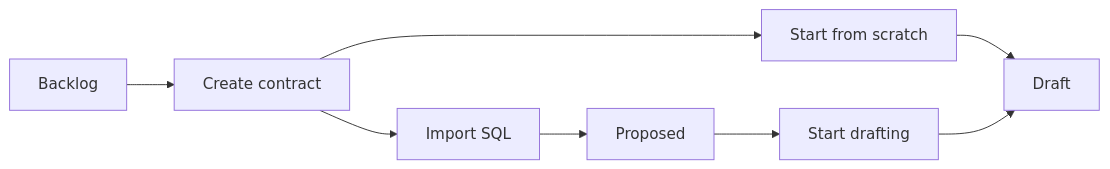
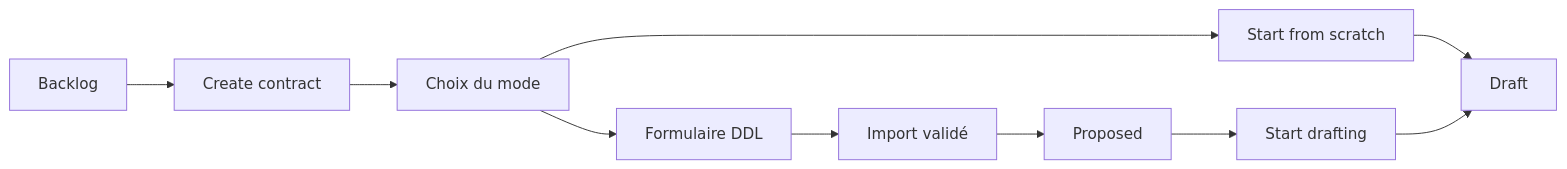
Before and after one commit to picks44/zeenea-dcb: the second of 2 diagrams in docs/product-documentation.md, drawn with Mermaid. The commit also changed other lines of this file and 3 other files, not shown here.

First line of the commit message:
Enhance Create contract screen with mode selection and improved UX

````diff
--- a/docs/product-documentation.md
+++ b/docs/product-documentation.md
@@ -388,10 +390,12 @@
 ```mermaid
 flowchart LR
   backlog[Backlog] --> create[Create contract]
-  create --> scratch[Start from scratch]
-  create --> import[Import SQL]
+  create --> choice[Choix du mode]
+  choice --> scratch[Start from scratch]
+  choice --> ddl[Formulaire DDL]
+  ddl --> import[Import validé]
   scratch --> draft[Draft]
   import --> proposed[Proposed]
   proposed --> drafting[Start drafting]
   drafting --> draft
 ```
````
